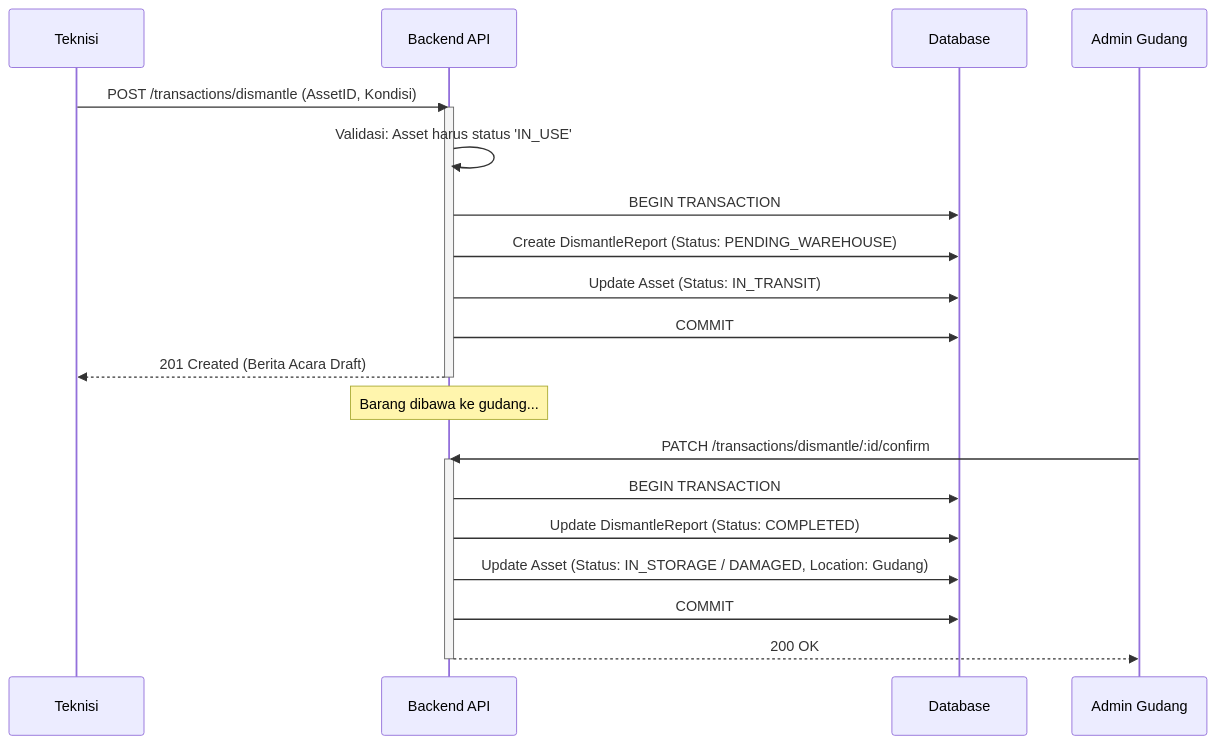
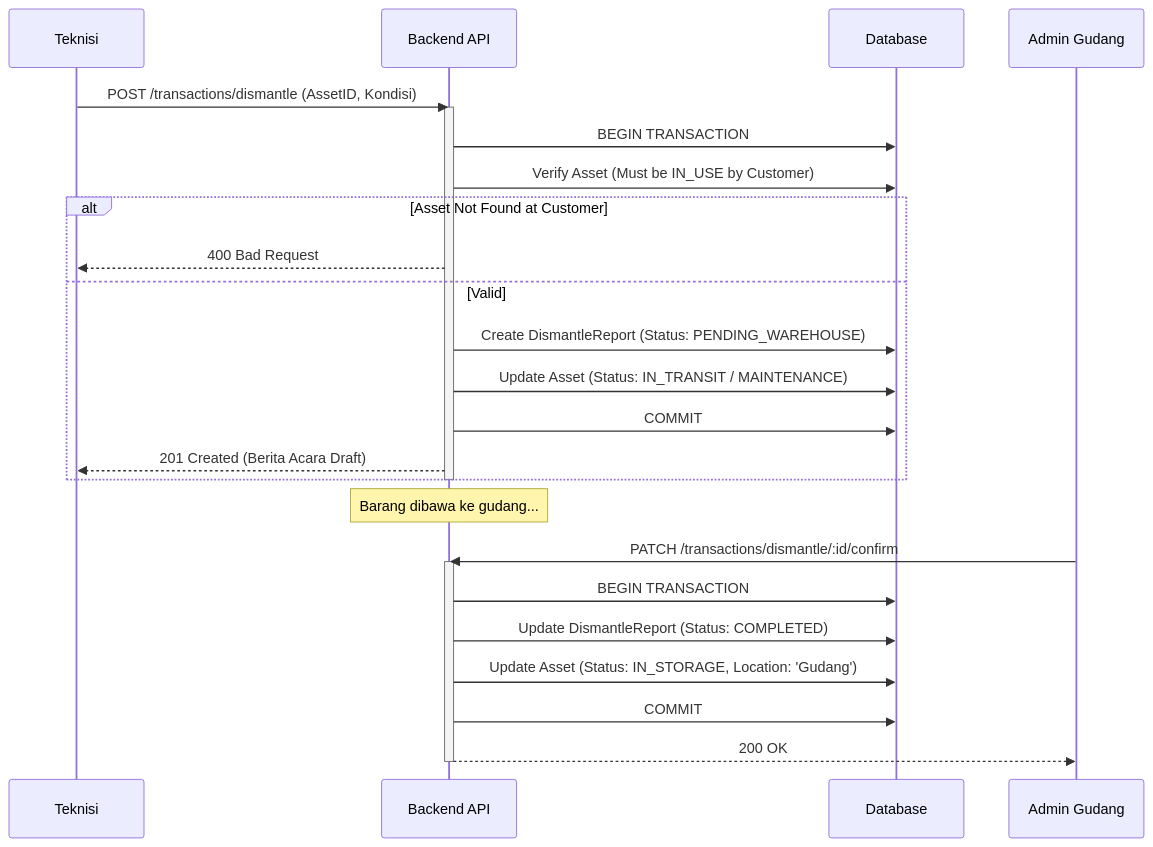
The third of 3 diagrams in Docs/01_CONCEPT_AND_ARCHITECTURE/BUSINESS_LOGIC_FLOWS.md (Asamaludi26/TrinityApps), drawn with Mermaid before and after one commit. The commit also changed other lines of this file and 3 other files, not shown here.

First line of the commit message:
docs: Improve security and architecture documentation

````diff
--- a/Docs/01_CONCEPT_AND_ARCHITECTURE/BUSINESS_LOGIC_FLOWS.md
+++ b/Docs/01_CONCEPT_AND_ARCHITECTURE/BUSINESS_LOGIC_FLOWS.md
@@ -81,30 +122,34 @@
 ```mermaid
 sequenceDiagram
     participant Tech as Teknisi
     participant BE as Backend API
     participant DB as Database
     
     Tech->>BE: POST /transactions/dismantle (AssetID, Kondisi)
     activate BE
-    BE->>BE: Validasi: Asset harus status 'IN_USE'
     
     BE->>DB: BEGIN TRANSACTION
-    BE->>DB: Create DismantleReport (Status: PENDING_WAREHOUSE)
-    BE->>DB: Update Asset (Status: IN_TRANSIT)
-    BE->>DB: COMMIT
+    BE->>DB: Verify Asset (Must be IN_USE by Customer)
     
-    BE-->>Tech: 201 Created (Berita Acara Draft)
+    alt Asset Not Found at Customer
+       BE-->>Tech: 400 Bad Request
+    else Valid
+       BE->>DB: Create DismantleReport (Status: PENDING_WAREHOUSE)
+       BE->>DB: Update Asset (Status: IN_TRANSIT / MAINTENANCE)
+       BE->>DB: COMMIT
+       BE-->>Tech: 201 Created (Berita Acara Draft)
+    end
     deactivate BE
     
     Note over BE: Barang dibawa ke gudang...
     
     participant Admin as Admin Gudang
     Admin->>BE: PATCH /transactions/dismantle/:id/confirm
     activate BE
     BE->>DB: BEGIN TRANSACTION
     BE->>DB: Update DismantleReport (Status: COMPLETED)
-    BE->>DB: Update Asset (Status: IN_STORAGE / DAMAGED, Location: Gudang)
+    BE->>DB: Update Asset (Status: IN_STORAGE, Location: 'Gudang')
     BE->>DB: COMMIT
     BE-->>Admin: 200 OK
     deactivate BE
 ```
````
